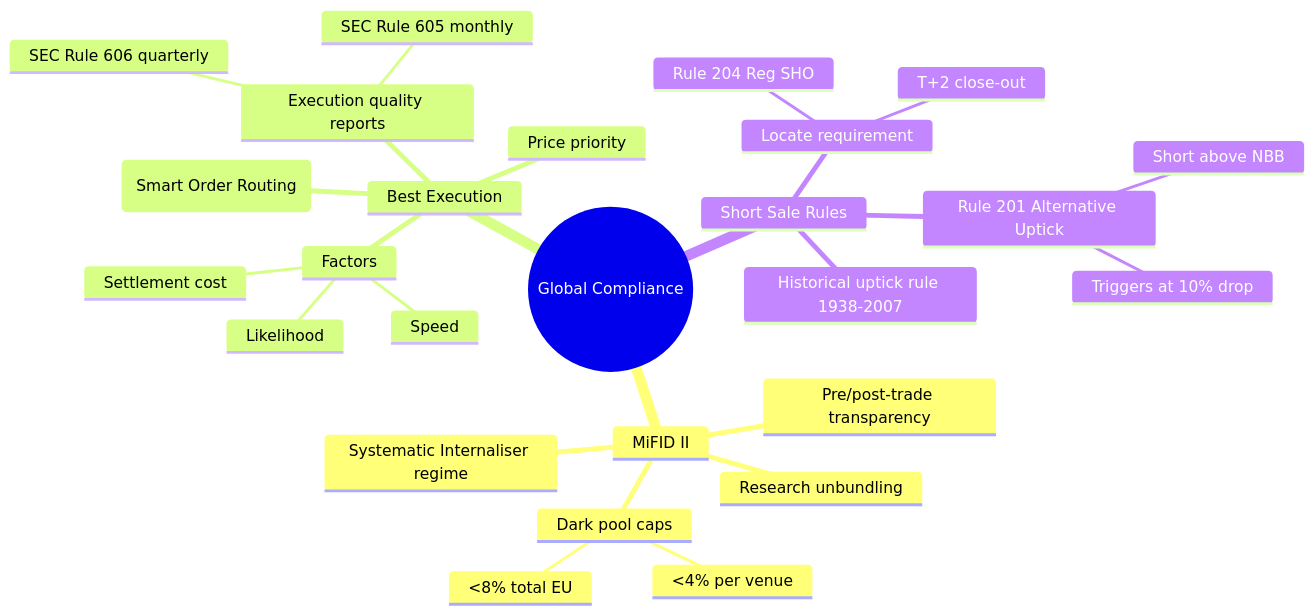
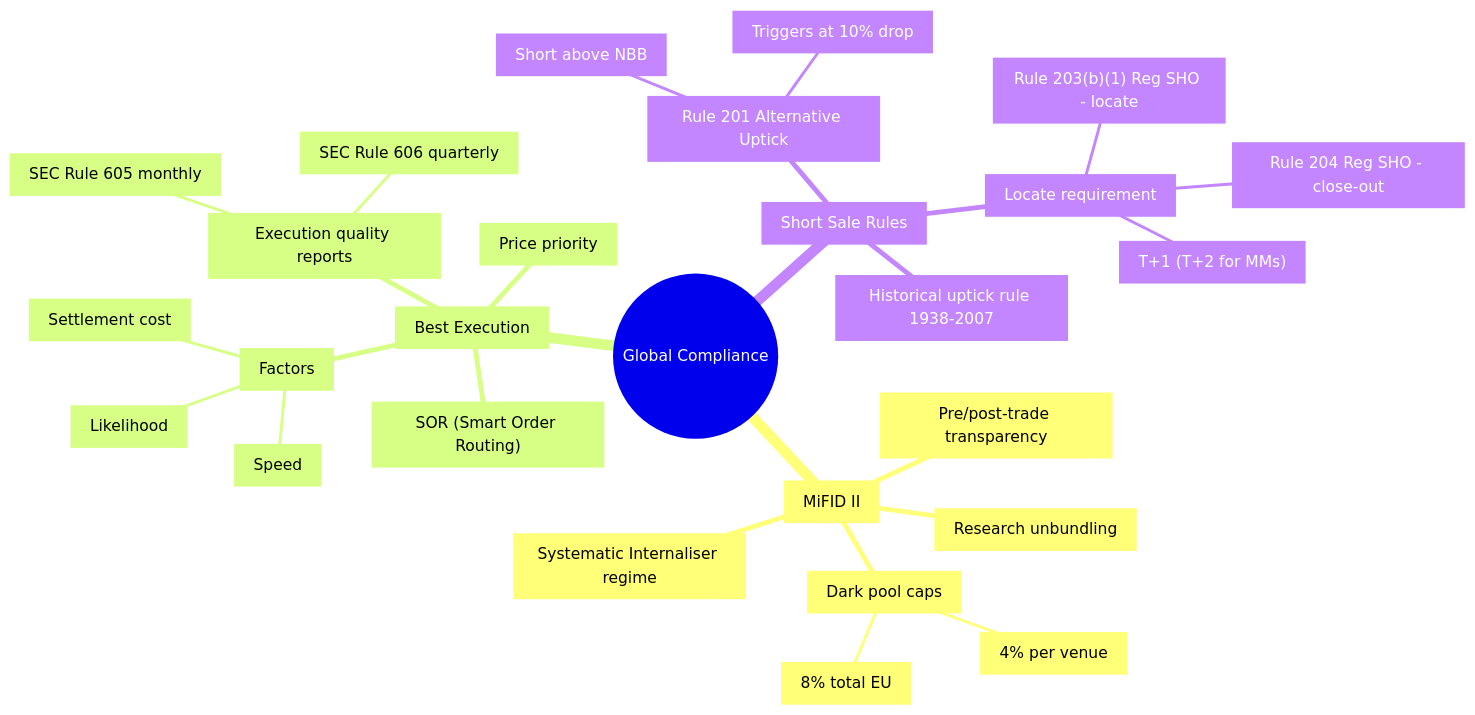
One commit to adamaiken89/course-content changed the first of 3 diagrams in equity-trading/modules/24-global-compliance/lesson.md. Above: the diagram before and after it, drawn with Mermaid. The commit also changed other lines of this file and 126 other files, not shown here.

````diff
--- a/equity-trading/modules/24-global-compliance/lesson.md
+++ b/equity-trading/modules/24-global-compliance/lesson.md
@@ -5,29 +5,30 @@
 ```mermaid
 mindmap
   root((Global Compliance))
-    MiFID II
-      Pre/post-trade transparency
-      Research unbundling
-      Dark pool caps
-        <4% per venue
-        <8% total EU
-      Systematic Internaliser regime
-    Best Execution
-      Price priority
-      SOR (Smart Order Routing)
-      Factors
-        Speed
-        Likelihood
-        Settlement cost
-      Execution quality reports
-        SEC Rule 605 monthly
-        SEC Rule 606 quarterly
-    Short Sale Rules
-      Historical uptick rule 1938-2007
-      Rule 201 Alternative Uptick
-        Triggers at 10% drop
-        Short above NBB
-      Locate requirement
-        Rule 204 Reg SHO
-        T+2 close-out
+    MiFIDII["MiFID II"]
+      Transparency["Pre/post-trade transparency"]
+      Unbundling["Research unbundling"]
+      DPCaps["Dark pool caps"]
+        Cap1["4% per venue"]
+        Cap2["8% total EU"]
+      SI["Systematic Internaliser regime"]
+    BestEx["Best Execution"]
+      PriceP["Price priority"]
+      SOR["SOR (Smart Order Routing)"]
+      Factors["Factors"]
+        Speed["Speed"]
+        Likelihood["Likelihood"]
+        SettlementCost["Settlement cost"]
+      Reports["Execution quality reports"]
+        Rule605["SEC Rule 605 monthly"]
+        Rule606["SEC Rule 606 quarterly"]
+    ShortRules["Short Sale Rules"]
+      Uptick["Historical uptick rule 1938-2007"]
+      Rule201["Rule 201 Alternative Uptick"]
+        Trigger["Triggers at 10% drop"]
+        AboveNBB["Short above NBB"]
+      Locate["Locate requirement"]
+        LocateRule["Rule 203(b)(1) Reg SHO - locate"]
+        CloseOut["Rule 204 Reg SHO - close-out"]
+        Timeline["T+1 (T+2 for MMs)"]
 ```
````
